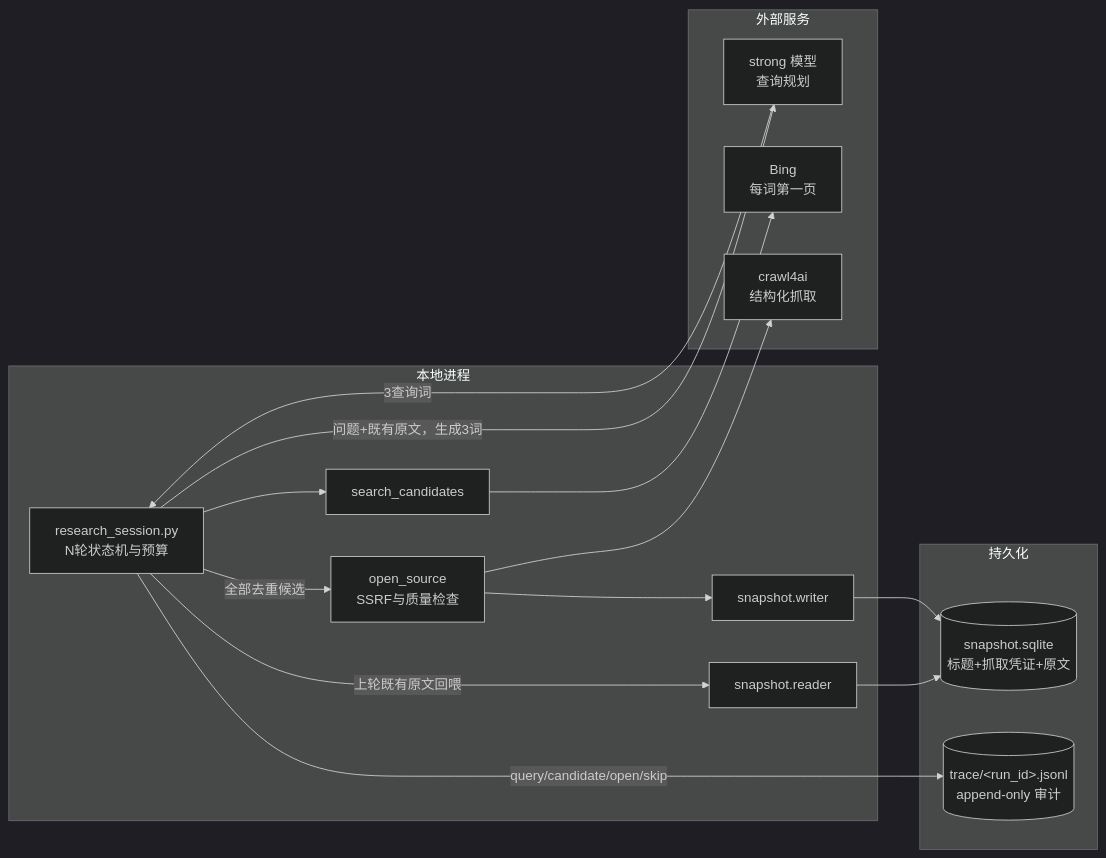
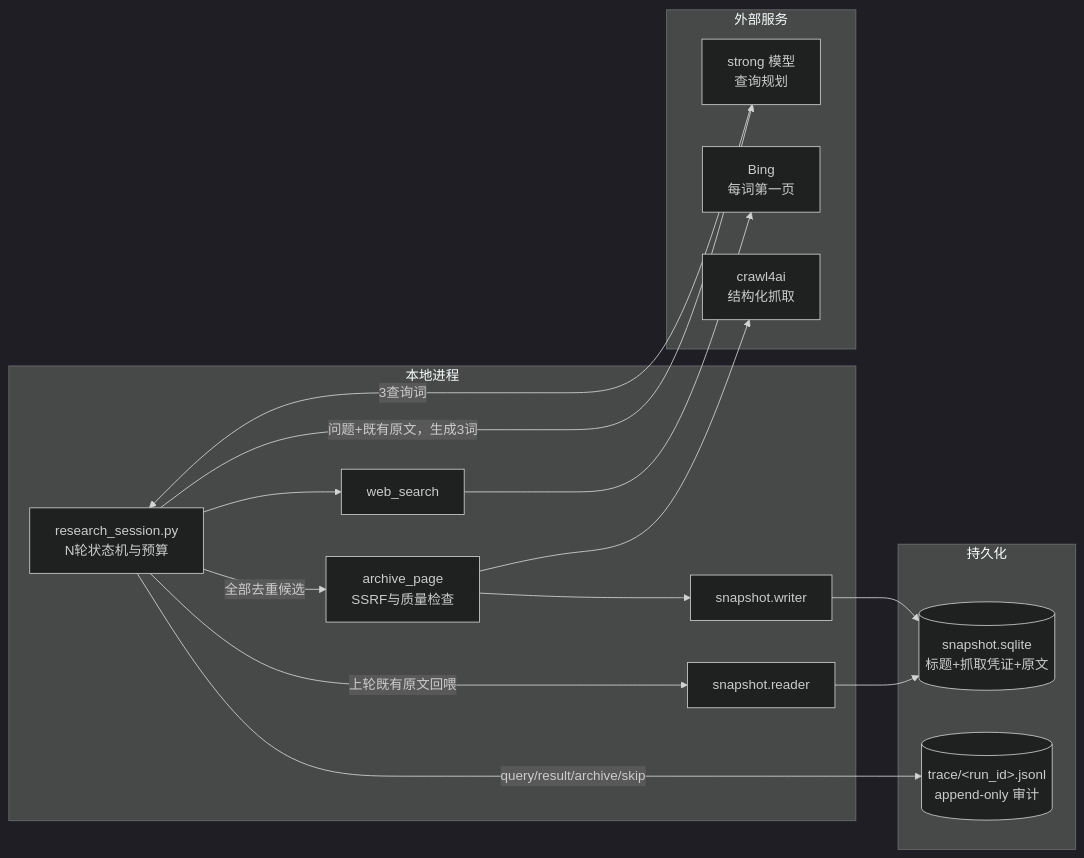
Before and after one commit to SuperCatQR/traceable-research-runtime: the second of 4 diagrams in docs/web-search-architecture.md, drawn with Mermaid (dark theme). The commit also changed other lines of this file, not shown here.

First line of the commit message:
docs(web-search): 命名见名知意重写

````diff
--- a/docs/web-search-architecture.md
+++ b/docs/web-search-architecture.md
@@ -139,29 +139,29 @@
 ```mermaid
 flowchart LR
     subgraph P1["本地进程"]
         X["research_session.py<br/>N轮状态机与预算"]
-        SC["search_candidates"]
-        OS["open_source<br/>SSRF与质量检查"]
+        SC["web_search"]
+        OS["archive_page<br/>SSRF与质量检查"]
         SW["snapshot.writer"]
         SRr["snapshot.reader"]
     end
 
     subgraph E1["外部服务"]
         S["strong 模型<br/>查询规划"]
         B["Bing<br/>每词第一页"]
         CR["crawl4ai<br/>结构化抓取"]
     end
 
     subgraph D1["持久化"]
         SD[("snapshot.sqlite<br/>标题+抓取凭证+原文")]
         LG[("trace/&lt;run_id&gt;.jsonl<br/>append-only 审计")]
     end
 
     X -->|上轮既有原文回喂| SRr --> SD
     X -->|问题+既有原文，生成3词| S
     S -->|3查询词| X
     X --> SC --> B
     X -->|全部去重候选| OS --> CR
     OS --> SW --> SD
-    X -->|query/candidate/open/skip| LG
+    X -->|query/result/archive/skip| LG
 ```
````
